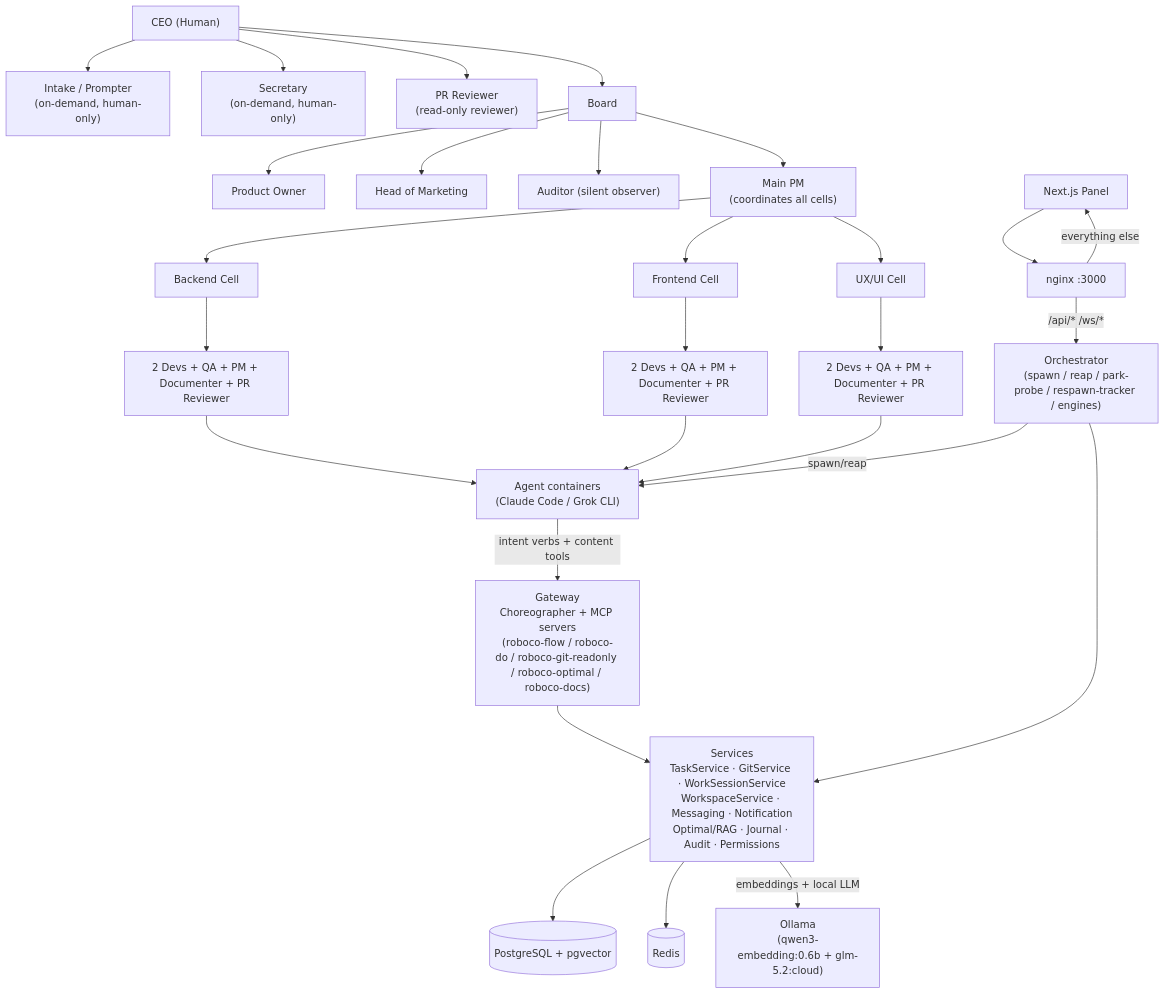
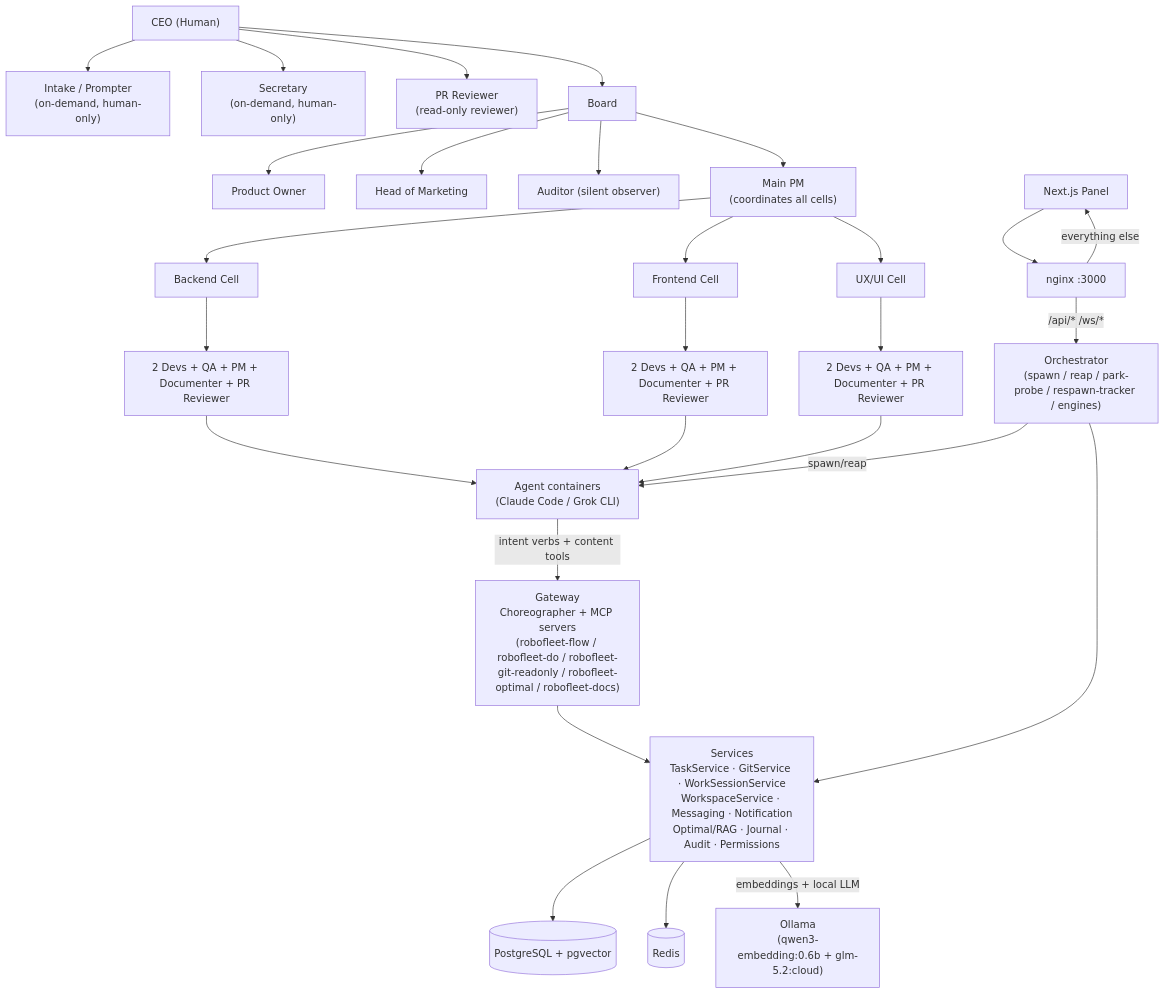
One commit to rennf93/robo-fleet changed the first of 9 diagrams in docs/map/_front.md. Above: the diagram before and after it, drawn with Mermaid. The commit also changed other lines of this file and 169 other files, not shown here.

````diff
--- a/docs/map/_front.md
+++ b/docs/map/_front.md
@@ -60,66 +60,66 @@
 ```mermaid
 graph TB
     CEO["CEO (Human)"]
     Intake["Intake / Prompter<br/>(on-demand, human-only)"]
     Sec["Secretary<br/>(on-demand, human-only)"]
     PRRev["PR Reviewer<br/>(read-only reviewer)"]
 
     Board["Board"]
     PO["Product Owner"]
     HM["Head of Marketing"]
     Aud["Auditor (silent observer)"]
 
     MainPM["Main PM<br/>(coordinates all cells)"]
 
     BE["Backend Cell"]
     FE["Frontend Cell"]
     UX["UX/UI Cell"]
 
     BEDev["2 Devs + QA + PM + Documenter + PR Reviewer"]
     FEDev["2 Devs + QA + PM + Documenter + PR Reviewer"]
     UXDev["2 Devs + QA + PM + Documenter + PR Reviewer"]
 
     CEO --> Intake
     CEO --> Sec
     CEO --> PRRev
     CEO --> Board
     Board --> PO
     Board --> HM
     Board --> Aud
     Board --> MainPM
     MainPM --> BE
     MainPM --> FE
     MainPM --> UX
     BE --> BEDev
     FE --> FEDev
     UX --> UXDev
 
     Agents["Agent containers<br/>(Claude Code / Grok CLI)"]
     BEDev --> Agents
     FEDev --> Agents
     UXDev --> Agents
 
-    GW["Gateway<br/>Choreographer + MCP servers<br/>(roboco-flow / roboco-do / roboco-git-readonly / roboco-optimal / roboco-docs)"]
+    GW["Gateway<br/>Choreographer + MCP servers<br/>(robofleet-flow / robofleet-do / robofleet-git-readonly / robofleet-optimal / robofleet-docs)"]
     Agents -->|intent verbs + content tools| GW
 
     Svcs["Services<br/>TaskService · GitService · WorkSessionService<br/>WorkspaceService · Messaging · Notification<br/>Optimal/RAG · Journal · Audit · Permissions"]
     GW --> Svcs
 
     PG[("PostgreSQL + pgvector")]
     Redis[("Redis")]
     Svcs --> PG
     Svcs --> Redis
 
     Orch["Orchestrator<br/>(spawn / reap / park-probe / respawn-tracker / engines)"]
     Orch -->|spawn/reap| Agents
     Orch --> Svcs
 
     Ollama["Ollama<br/>(qwen3-embedding:0.6b + glm-5.2:cloud)"]
     Svcs -->|embeddings + local LLM| Ollama
 
     Panel["Next.js Panel"]
     Nginx["nginx :3000"]
     Panel --> Nginx
     Nginx -->|/api/* /ws/*| Orch
     Nginx -->|everything else| Panel
 ```
````
